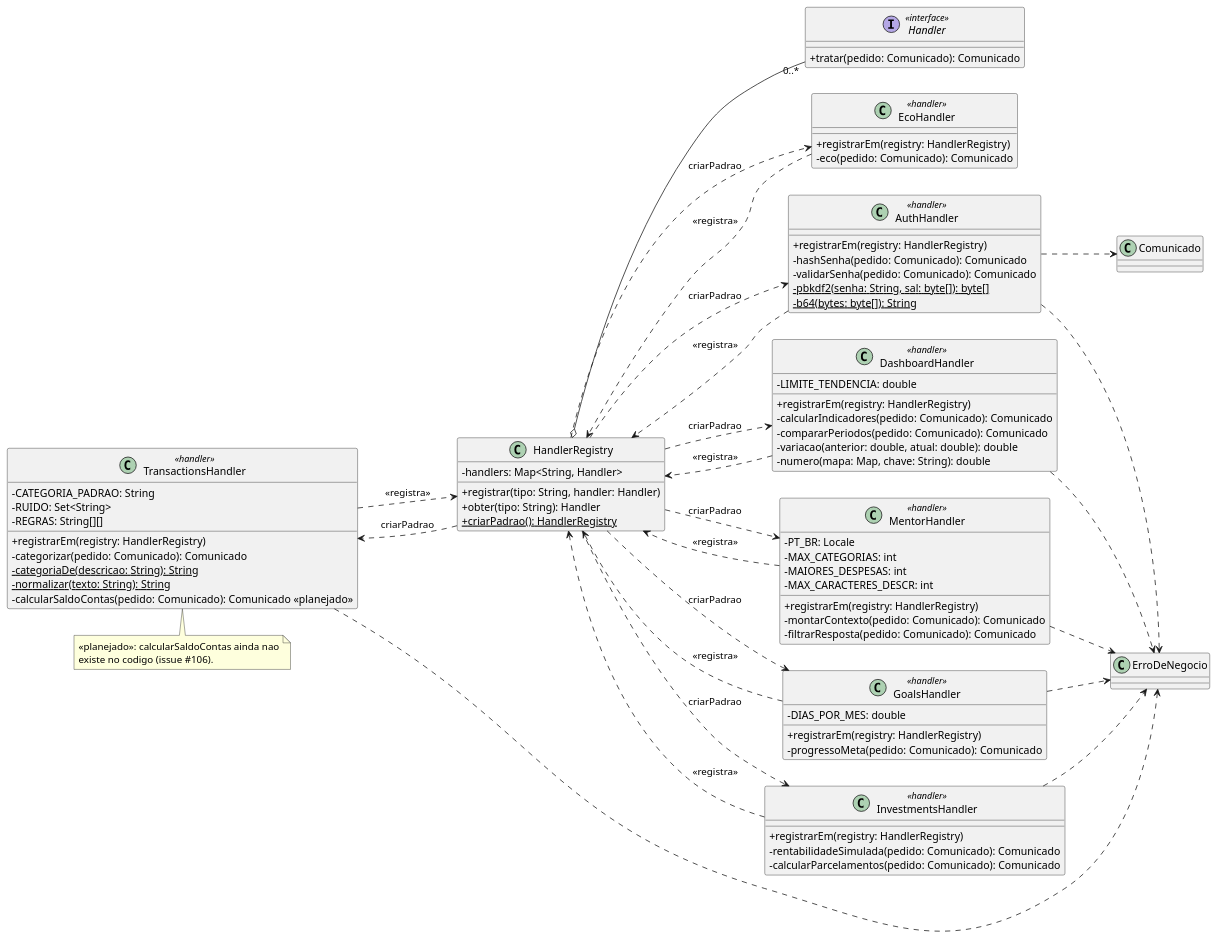
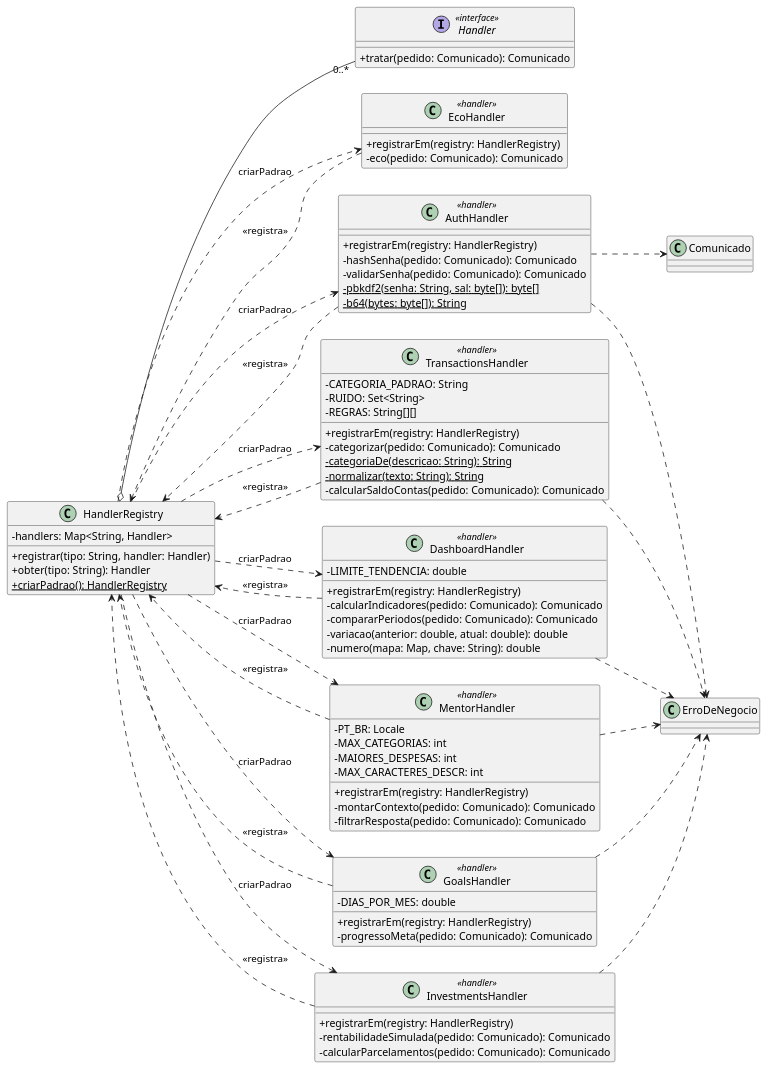
One commit to MiguelFMont/ES-PI4-2026-T1-G18 changed the fourth of 8 diagrams in docs/uml/02-estrutura-do-servidor.md. Above: the diagram before and after it, drawn with PlantUML. The commit also changed other lines of this file and 27 other files, not shown here.

Commit message:
docs: UML só do Servidor (remove diagramas de classes do Backend e do Frontend e as marcas de planejado)

```diff
--- a/docs/uml/02-estrutura-do-servidor.md
+++ b/docs/uml/02-estrutura-do-servidor.md
@@ -506,7 +501,7 @@
   - categorizar(pedido: Comunicado): Comunicado
   - {static} categoriaDe(descricao: String): String
   - {static} normalizar(texto: String): String
-  - calcularSaldoContas(pedido: Comunicado): Comunicado <<planejado>>
+  - calcularSaldoContas(pedido: Comunicado): Comunicado
 }
 class DashboardHandler <<handler>> {
   - LIMITE_TENDENCIA: double
@@ -537,10 +532,6 @@
 }
 class ErroDeNegocio
 class Comunicado
-note bottom of TransactionsHandler
-  <<planejado>>: calcularSaldoContas ainda nao
-  existe no codigo (issue #106).
-end note
 
 HandlerRegistry o-- "0..*" Handler
 HandlerRegistry ..> EcoHandler : criarPadrao
```
